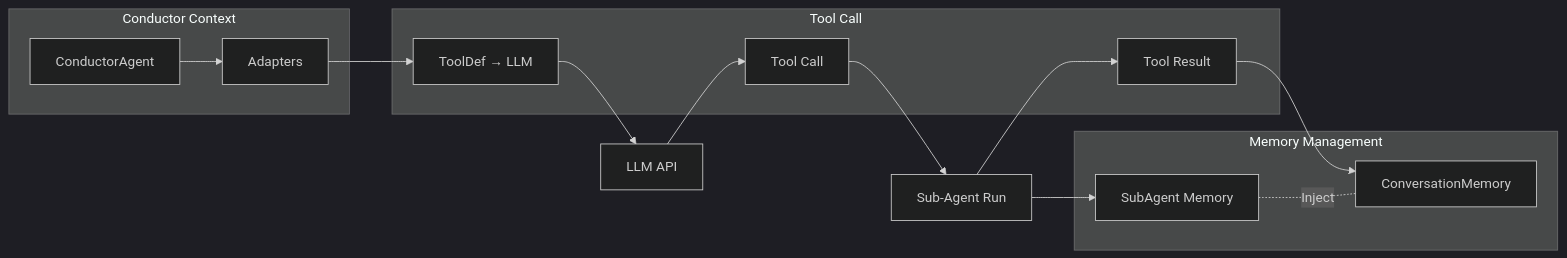
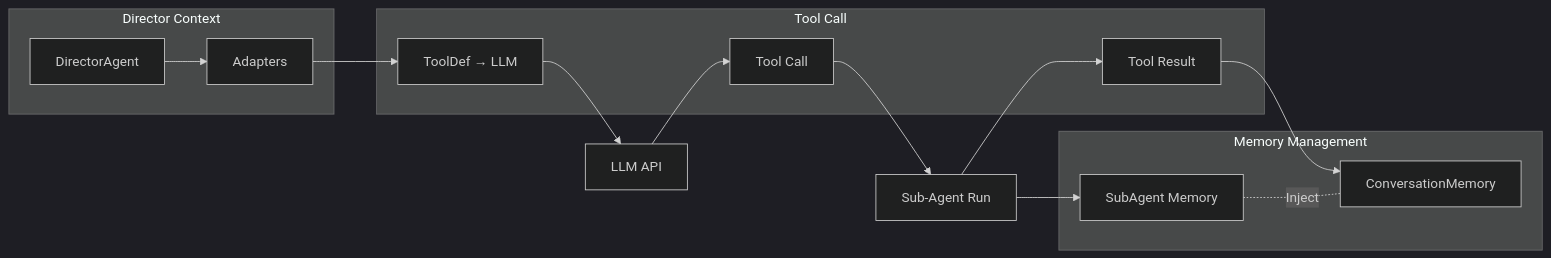
The tenth of 10 diagrams in docs/ARCHITECTURE.en.md (iohub/codeactor-agent), drawn with Mermaid (dark theme) before and after one commit. The commit also changed other lines of this file and 46 other files, not shown here.

First line of the commit message:
refactor: rename Conductor Agent to Director Agent

````diff
--- a/docs/ARCHITECTURE.en.md
+++ b/docs/ARCHITECTURE.en.md
@@ -1111,28 +1111,28 @@
 ```mermaid
 flowchart LR
-    subgraph ConductorScope [Conductor Context]
-        COND[ConductorAgent]
+    subgraph DirectorScope [Director Context]
+        COND[DirectorAgent]
         ADAPTERS[Adapters]
     end
     
     subgraph ToolCallScope [Tool Call]
         TOOL_DEF[ToolDef → LLM]
         TOOL_CALL[Tool Call]
         TOOL_RESULT[Tool Result]
     end
     
     subgraph MemoryScope [Memory Management]
         CONV_MEM[ConversationMemory]
         SUB_AGENT_MEM[SubAgent Memory]
     end
     
     COND --> ADAPTERS
     ADAPTERS --> TOOL_DEF
     TOOL_DEF --> LLM[LLM API]
     LLM --> TOOL_CALL
     TOOL_CALL --> SUB_AGENTS[Sub-Agent Run]
     SUB_AGENTS --> TOOL_RESULT
     TOOL_RESULT --> CONV_MEM
     SUB_AGENTS --> SUB_AGENT_MEM
     SUB_AGENT_MEM -.-|Inject| CONV_MEM
 ```
````
